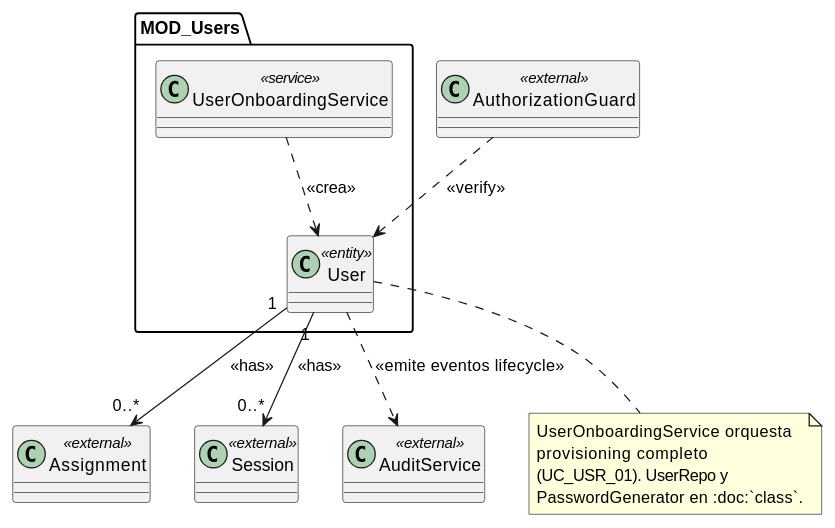
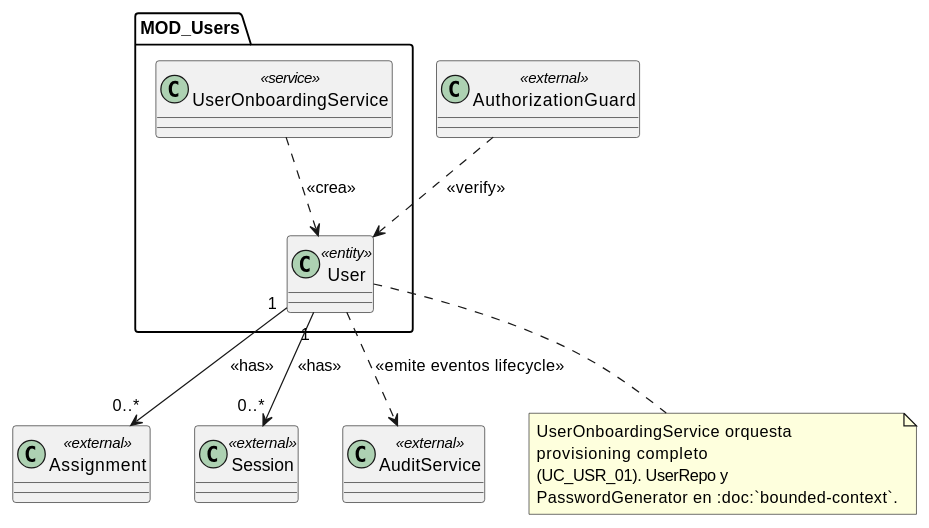
Before and after one commit to jcg-admin/IACT-docs: the diagram in source/arquitectura-tecnica/design-view/users/index.rst, drawn with PlantUML. The commit also changed other lines of this file and 97 other files, not shown here.

```diff
--- a/source/arquitectura-tecnica/design-view/users/index.rst
+++ b/source/arquitectura-tecnica/design-view/users/index.rst
@@ -31,31 +31,31 @@
 .. uml::
  :caption: MOD_Users — entidad central User y servicios de
-           ciclo de vida. Detalle interno en :doc:`class`.
+           ciclo de vida. Detalle interno en :doc:`bounded-context`.
 
  @startuml
 
  package "MOD_Users" {
    class User <<entity>>
    class UserOnboardingService <<service>>
  }
 
  class Assignment <<external>>
  class Session <<external>>
  class AuthorizationGuard <<external>>
  class AuditService <<external>>
 
  User "1" --> "0..*" Assignment : <<has>>
  User "1" --> "0..*" Session : <<has>>
 
  UserOnboardingService ..> User : <<crea>>
  AuthorizationGuard ..> User : <<verify>>
  User ..> AuditService : <<emite eventos lifecycle>>
 
  note bottom of User
    UserOnboardingService orquesta
    provisioning completo
    (UC_USR_01). UserRepo y
-   PasswordGenerator en :doc:`class`.
+   PasswordGenerator en :doc:`bounded-context`.
  end note
 
  @enduml
```
